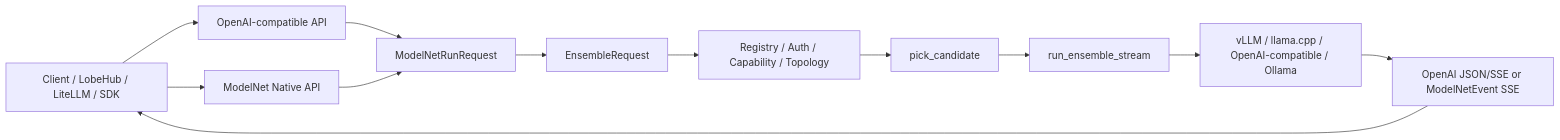
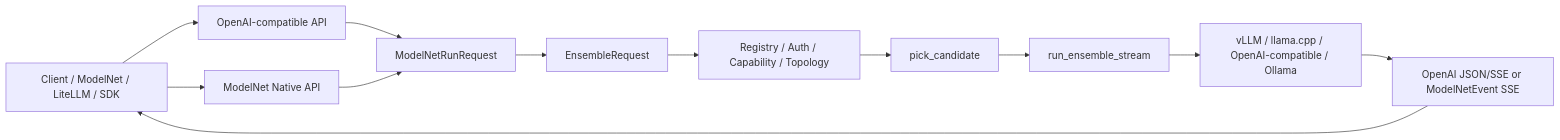
Before and after one commit to WNDS-JNU/ModelNet-Toc: the diagram in docs/modelnet-gateway-code-overview.md, drawn with Mermaid. The commit also changed 13881 other files, not shown here.

Commit message:
refactor: rebrand bundled app as ModelNet

````diff
--- a/docs/modelnet-gateway-code-overview.md
+++ b/docs/modelnet-gateway-code-overview.md
@@ -14,25 +14,25 @@
 ```mermaid
 flowchart LR
-    Client["Client / LobeHub / LiteLLM / SDK"]
+    Client["Client / ModelNet / LiteLLM / SDK"]
     OpenAI["OpenAI-compatible API"]
     Native["ModelNet Native API"]
     IR["ModelNetRunRequest"]
     Ensemble["EnsembleRequest"]
     Control["Registry / Auth / Capability / Topology"]
     Router["pick_candidate"]
     Runner["run_ensemble_stream"]
     Backend["vLLM / llama.cpp / OpenAI-compatible / Ollama"]
     Event["OpenAI JSON/SSE or ModelNetEvent SSE"]
 
     Client --> OpenAI
     Client --> Native
     OpenAI --> IR
     Native --> IR
     IR --> Ensemble
     Ensemble --> Control
     Control --> Router
     Router --> Runner
     Runner --> Backend
     Backend --> Event
     Event --> Client
 ```
````
